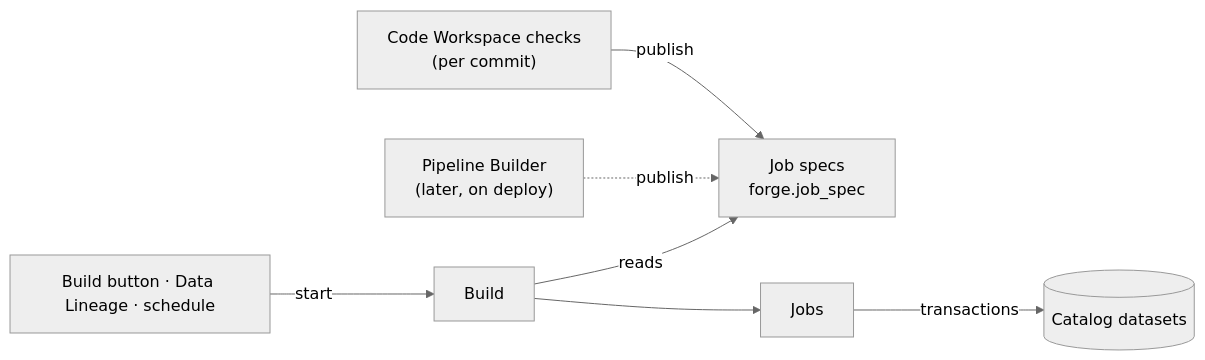
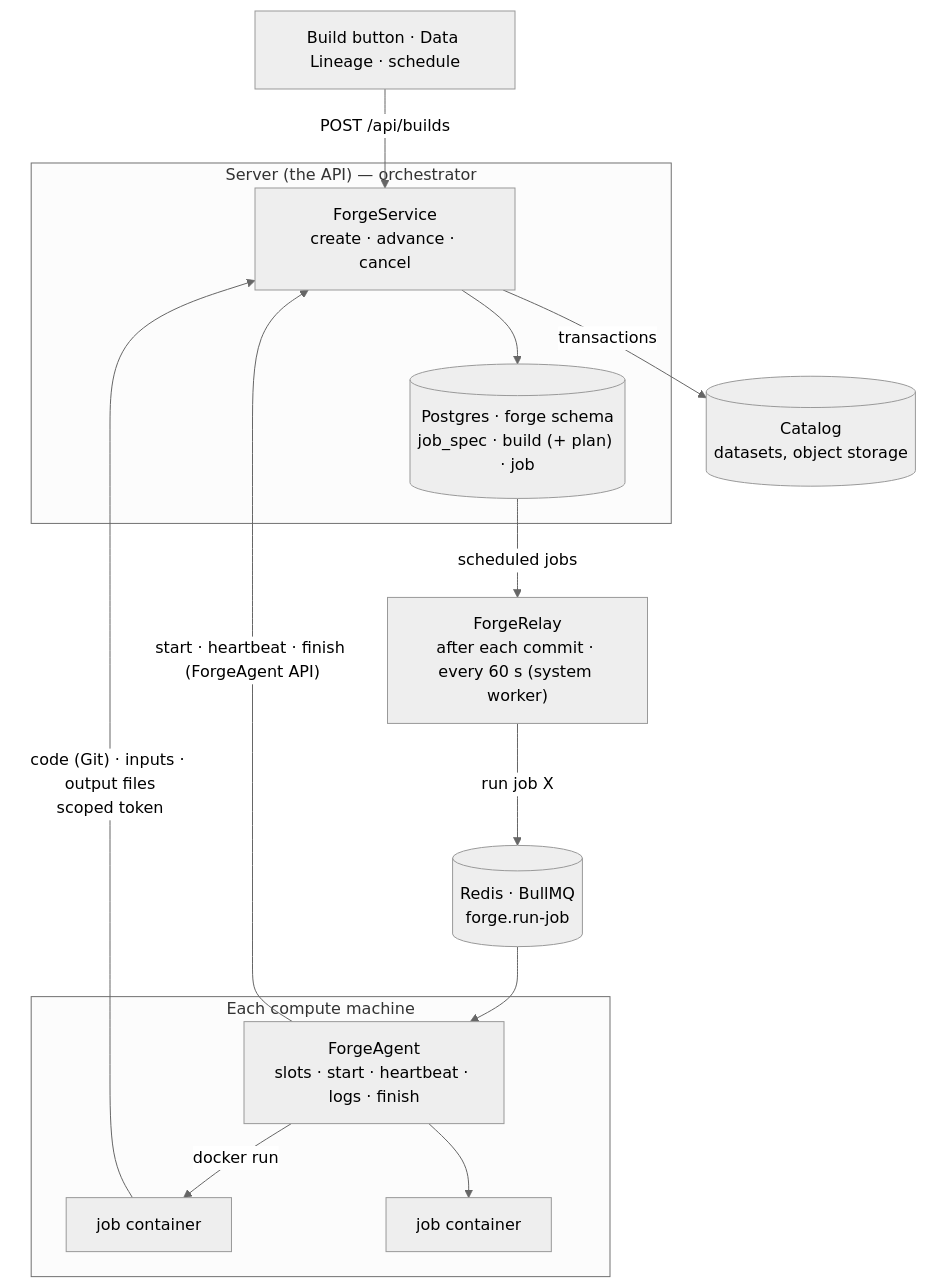
One commit to RolandTeslaru/Quarry changed the first of 3 diagrams in docs/design/forge.md. Above: the diagram before and after it, drawn with Mermaid (neutral theme). The commit also changed other lines of this file and 12 other files, not shown here.

First line of the commit message:
refactor: rename createBuild to initializeBuild and update related logic

````diff
--- a/docs/design/forge.md
+++ b/docs/design/forge.md
@@ -7,8 +50,24 @@
 ```mermaid
-flowchart LR
-    checks["Code Workspace checks<br/>(per commit)"] -- publish --> spec["Job specs<br/>forge.job_spec"]
-    pb["Pipeline Builder<br/>(later, on deploy)"] -. publish .-> spec
-    button["Build button · Data Lineage · schedule"] -- start --> build["Build"]
-    build -- reads --> spec
-    build --> job["Jobs"] -- "transactions" --> catalog[("Catalog datasets")]
+flowchart TB
+    trigger["Build button · Data Lineage · schedule"] -- "POST /api/builds" --> api
+
+    subgraph server["Server (the API) — orchestrator"]
+        api["ForgeService<br/>create · advance · cancel"]
+        pg[("Postgres · forge schema<br/>job_spec · build (+ plan) · job")]
+        api --> pg
+    end
+
+    pg -- "scheduled jobs" --> relay["ForgeRelay<br/>after each commit · every 60 s (system worker)"]
+    relay -- "run job X" --> redis[("Redis · BullMQ<br/>forge.run-job")]
+    redis --> agent
+
+    subgraph machine["Each compute machine"]
+        agent["ForgeAgent<br/>slots · start · heartbeat · logs · finish"]
+        agent -- "docker run" --> c1["job container"]
+        agent --> c2["job container"]
+    end
+
+    agent -- "start · heartbeat · finish (ForgeAgent API)" --> api
+    c1 -- "code (Git) · inputs · output files<br/>scoped token" --> api
+    api -- "transactions" --> catalog[("Catalog<br/>datasets, object storage")]
 ```
````
